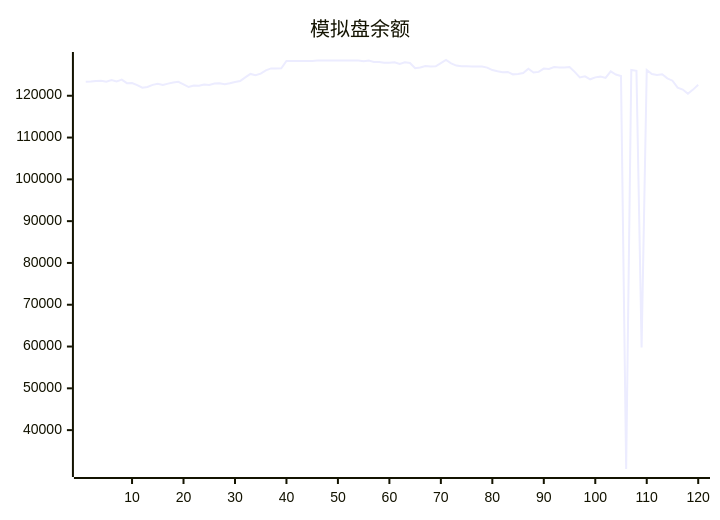
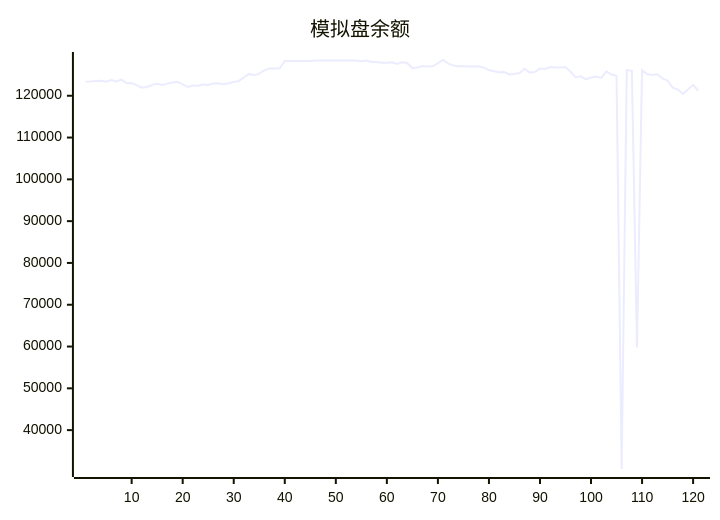
The diagram in README.md (aahl/ai-trading), drawn with Mermaid before and after one commit. The commit also changed other lines of this file and 1 other file, not shown here.

````diff
--- a/README.md
+++ b/README.md
@@ -5,5 +5,5 @@
 ```mermaid
 xychart
     title "模拟盘余额"
-    line [123338,123402,123530,123592,123378,123745,123413,123853,123009,123040,122557,121938,122095,122599,122856,122597,122898,123160,123319,122719,122087,122454,122416,122685,122592,122907,122961,122776,122981,123295,123507,124403,125224,124894,125303,126088,126544,126534,126549,128335,128318,128318,128318,128318,128318,128424,128424,128424,128424,128424,128424,128424,128424,128424,128247,128412,128062,128087,127917,127901,128026,127611,128000,127850,126572,126770,127100,126971,127029,127783,128554,127765,127224,127064,127044,127009,127025,127004,126738,126152,125871,125635,125707,125117,125217,125420,126480,125545,125715,126511,126424,126856,126764,126788,126890,125710,124381,124632,123936,124402,124574,124256,125833,125070,124739,30700,126154,125966,59800,126145,125213,124943,125143,124157,123604,121959,121476,120476,121470,122610]
+    line [123338,123402,123530,123592,123378,123745,123413,123853,123009,123040,122557,121938,122095,122599,122856,122597,122898,123160,123319,122719,122087,122454,122416,122685,122592,122907,122961,122776,122981,123295,123507,124403,125224,124894,125303,126088,126544,126534,126549,128335,128318,128318,128318,128318,128318,128424,128424,128424,128424,128424,128424,128424,128424,128424,128247,128412,128062,128087,127917,127901,128026,127611,128000,127850,126572,126770,127100,126971,127029,127783,128554,127765,127224,127064,127044,127009,127025,127004,126738,126152,125871,125635,125707,125117,125217,125420,126480,125545,125715,126511,126424,126856,126764,126788,126890,125710,124381,124632,123936,124402,124574,124256,125833,125070,124739,30700,126154,125966,59800,126145,125213,124943,125143,124157,123604,121959,121476,120476,121470,122610,121201]
 ```
````
